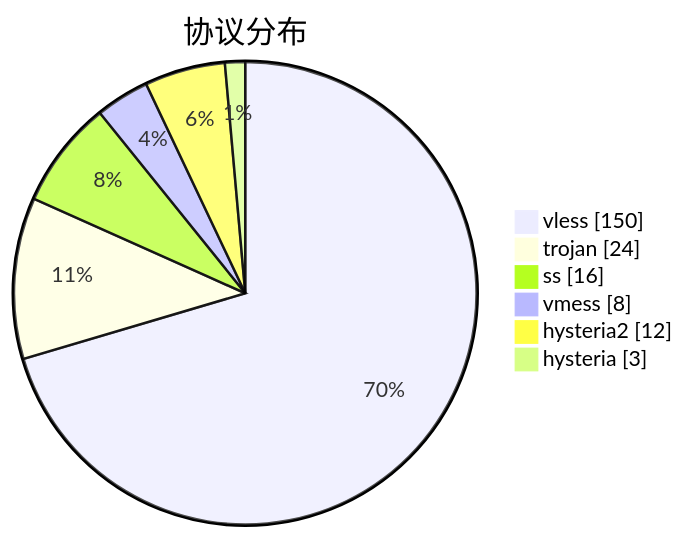
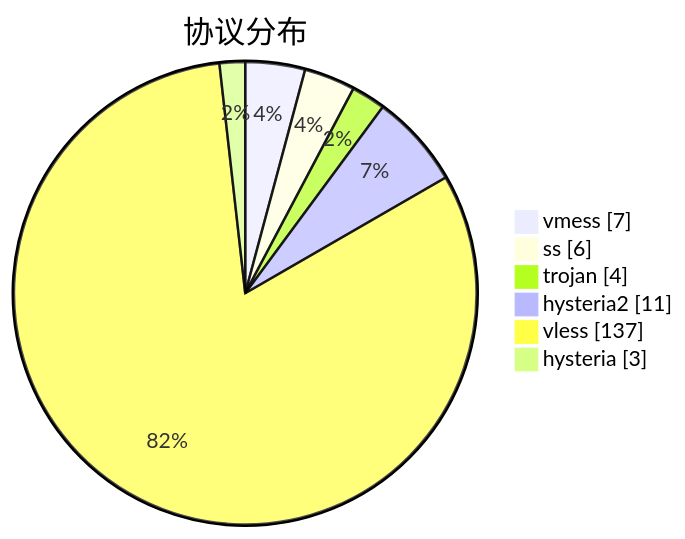
The third of 3 diagrams in subs/statistics/tested_within.md (sinspired/airport), drawn with Mermaid before and after one commit. The commit also changed other lines of this file and 2 other files, not shown here.

````diff
--- a/subs/statistics/tested_within.md
+++ b/subs/statistics/tested_within.md
@@ -34,10 +34,10 @@
 ```mermaid
 pie showData
 title 协议分布
-"vless" : 150
-"trojan" : 24
-"ss" : 16
-"vmess" : 8
-"hysteria2" : 12
+"vmess" : 7
+"ss" : 6
+"trojan" : 4
+"hysteria2" : 11
+"vless" : 137
 "hysteria" : 3
 ```
````
